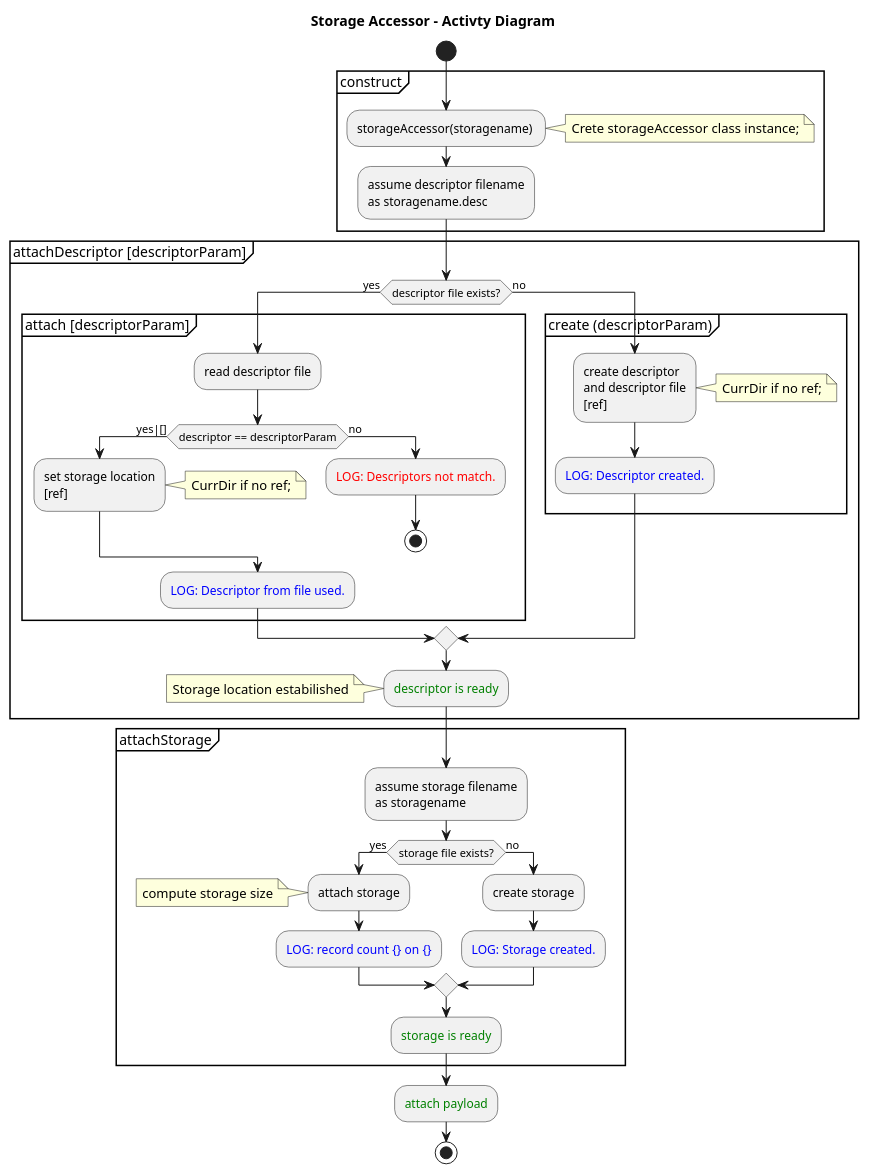
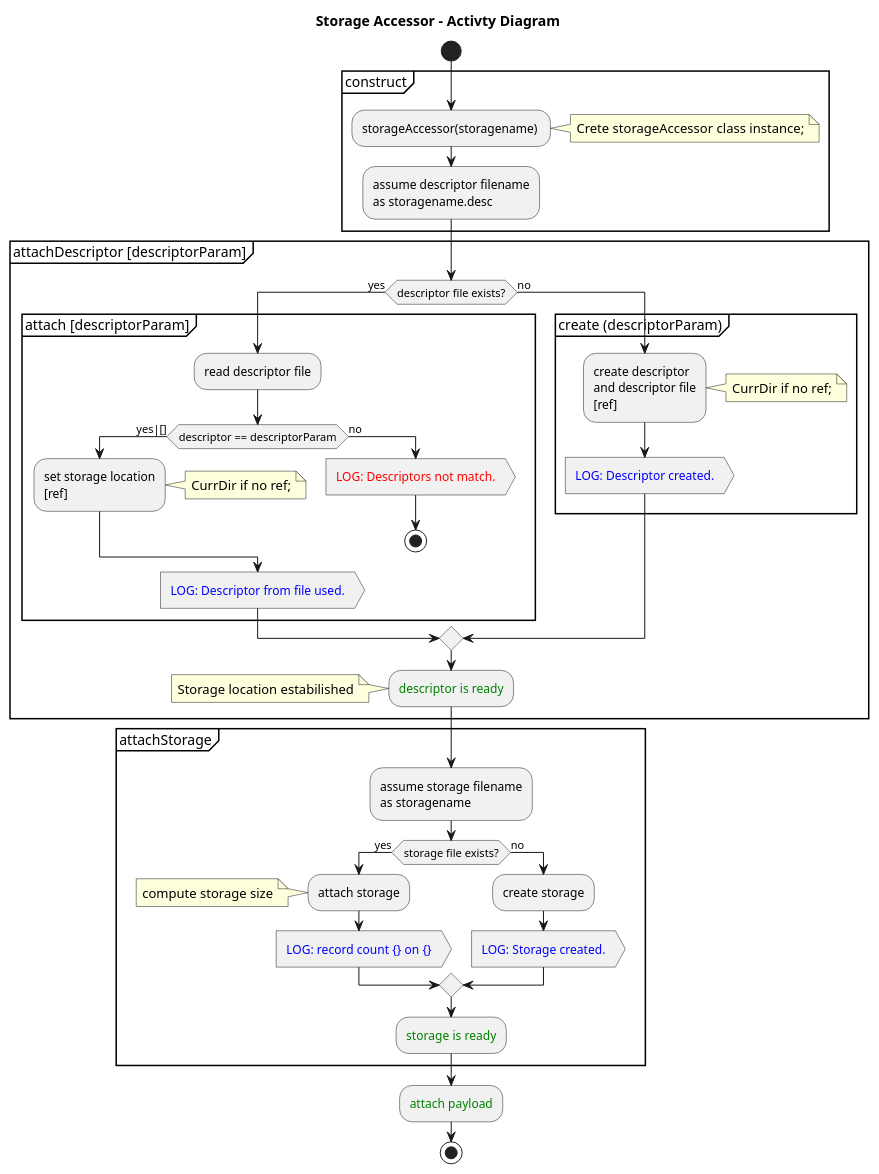
One commit to michalwidera/retractordb changed the diagram in src/rdb/UML/rdb-storageaccessor.puml. Above: the diagram before and after it, drawn with PlantUML. The commit also changed 3 other files, not shown here.

```diff
--- a/src/rdb/UML/rdb-storageaccessor.puml
+++ b/src/rdb/UML/rdb-storageaccessor.puml
@@ -1,65 +1,65 @@
 @startuml
 
 title Storage Accessor - Activty Diagram
 
 start
 
 partition "construct" {
 :storageAccessor(storagename) ;
 note right: Crete storageAccessor class instance;
 
 :assume descriptor filename
 as storagename.desc;
 }
 
 partition "attachDescriptor [descriptorParam]" {
 if (descriptor file exists?) then (yes)
 	partition "attach [descriptorParam]" {
   :read descriptor file;
   if (descriptor == descriptorParam) then (yes|[])
     :set storage location
     [ref];
     note right: CurrDir if no ref;
   else (no)
-    :<color:red>LOG: Descriptors not match.;
+    :<color:red>LOG: Descriptors not match.>
     stop
   endif
-  :<color blue>LOG: Descriptor from file used.;
+  :<color blue>LOG: Descriptor from file used.>
   }
 else (no)
 	partition "create (descriptorParam)" {
 	  :create descriptor
 	  and descriptor file
 	  [ref];
 	  note right: CurrDir if no ref;
-	  :<color blue>LOG: Descriptor created.;
+	  :<color blue>LOG: Descriptor created.>
 	}
 endif
 
 :<color:green>descriptor is ready;
 
 note left: Storage location estabilished
 }
 
 partition "attachStorage" {
 
 :assume storage filename
 as storagename;
 
 if (storage file exists?) then (yes)
   :attach storage;
   note left: compute storage size
-  :<color blue>LOG: record count {} on {};
+  :<color blue>LOG: record count {} on {}>
 else (no)
   :create storage;
-  :<color blue>LOG: Storage created.;
+  :<color blue>LOG: Storage created.>
 endif
 
 :<color:green>storage is ready;
 }
 
 :<color:green>attach payload;
 
 stop
 
 @enduml
```
